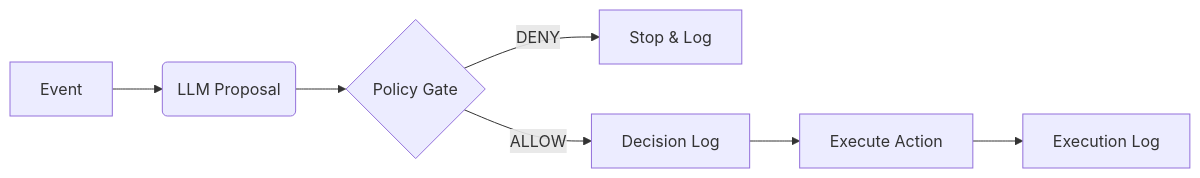
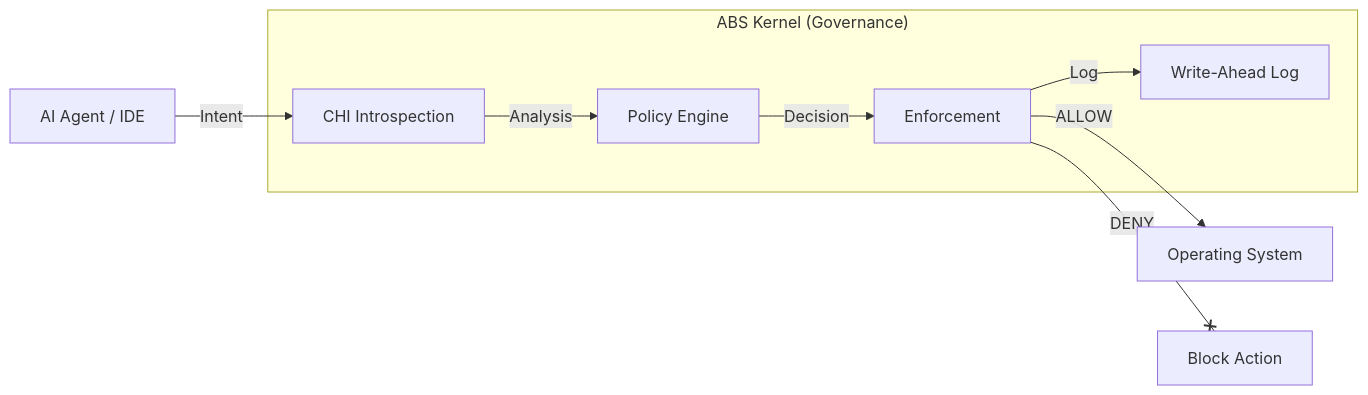
The diagram in README.md (eusheriff/abs-core), drawn with Mermaid before and after one commit. The commit also changed other lines of this file, not shown here.

First line of the commit message:
docs(readme): align with governance/CHI messaging

````diff
--- a/README.md
+++ b/README.md
@@ -131,9 +26,14 @@
 ```mermaid
-graph LR
-    A[Event] --> B(LLM Proposal)
-    B --> C{Policy Gate}
-    C -- DENY --> D[Stop & Log]
-    C -- ALLOW --> E[Decision Log]
-    E --> F[Execute Action]
-    F --> G[Execution Log]
+flowchart LR
+    Agent[AI Agent / IDE] -->|Intent| CHI[CHI Introspection]
+    CHI -->|Analysis| PDP[Policy Engine]
+    
+    subgraph "ABS Kernel (Governance)"
+      CHI
+      PDP -->|Decision| PEP[Enforcement]
+      PEP -->|Log| WAL[Write-Ahead Log]
+    end
+    
+    PEP -->|ALLOW| OS[Operating System]
+    PEP --x|DENY| Block[Block Action]
 ```
````
